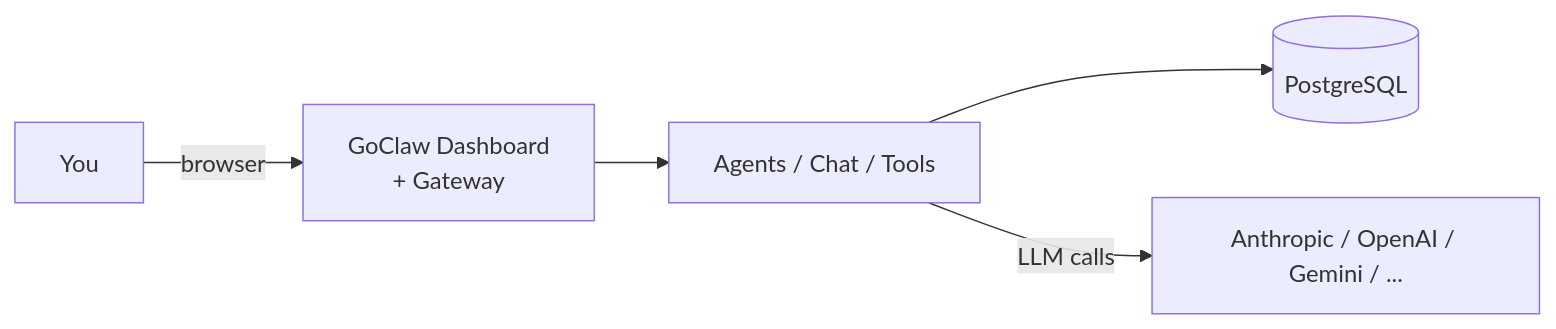
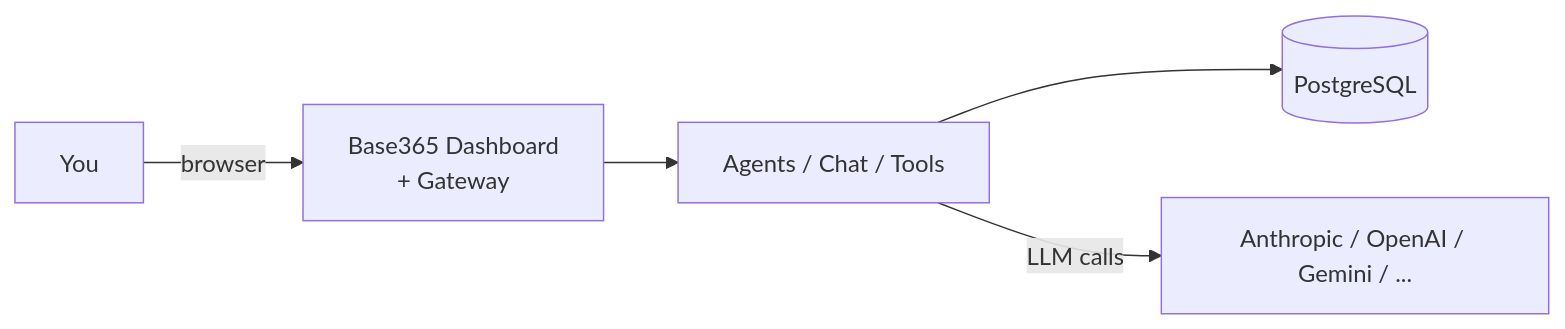
The first of 6 diagrams in docs/23-multi-tenant-architecture.md (edyoCampos/base365), drawn with Mermaid before and after one commit. The commit also changed other lines of this file and 2108 other files, not shown here.

Commit message:
refactor: rebrand GoClaw -> Base365 (conteudo e caminhos)

````diff
--- a/docs/23-multi-tenant-architecture.md
+++ b/docs/23-multi-tenant-architecture.md
@@ -16,7 +16,7 @@
 ```mermaid
 graph LR
-    U[You] -->|browser| GC[GoClaw Dashboard<br/>+ Gateway]
+    U[You] -->|browser| GC[Base365 Dashboard<br/>+ Gateway]
     GC --> AG[Agents / Chat / Tools]
     AG --> DB[(PostgreSQL)]
     AG -->|LLM calls| LLM[Anthropic / OpenAI / Gemini / ...]
 ```
````
